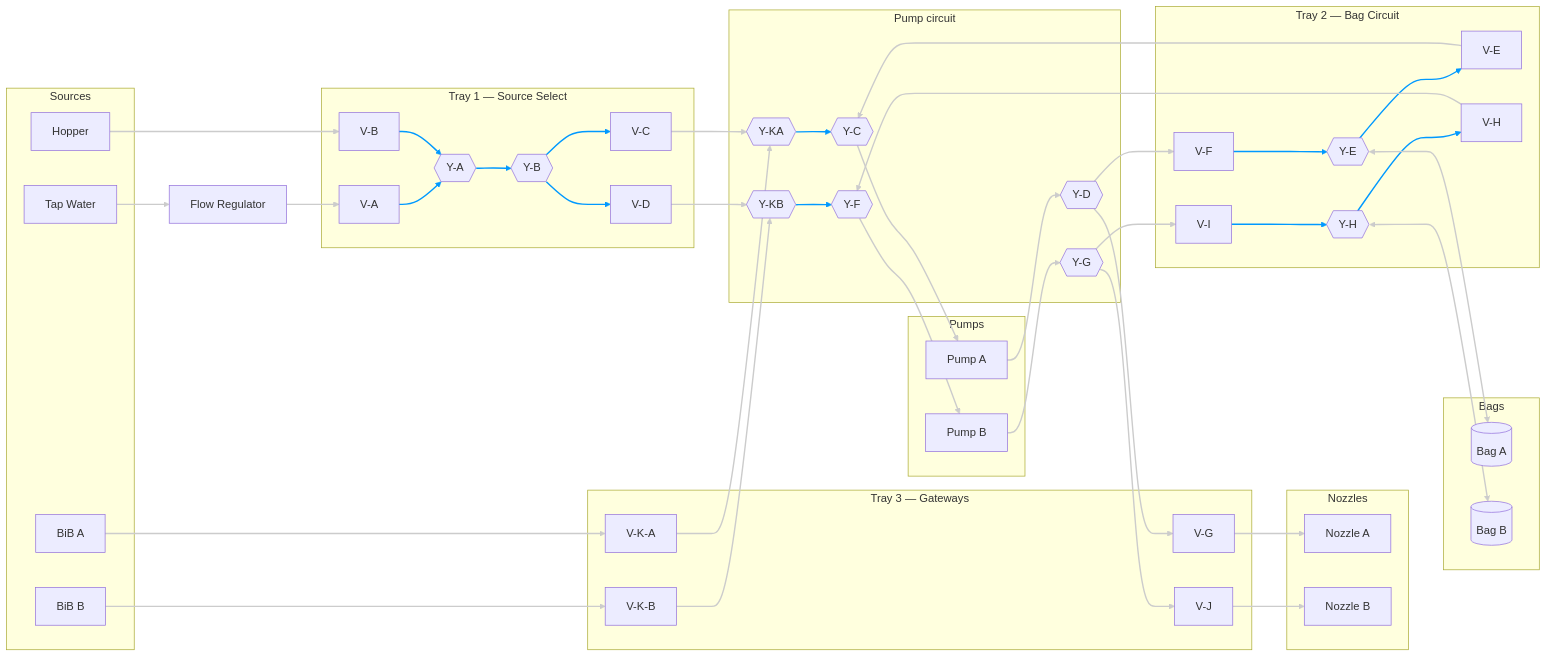
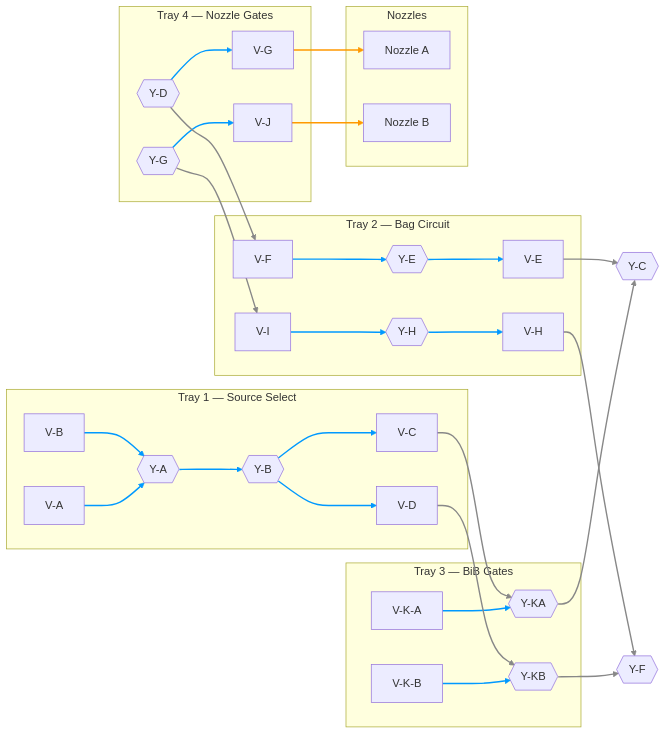
Before and after one commit to derekbreden/homesodamachine: the diagram in hardware/topology/fluid-topology-trays.mmd, drawn with Mermaid.

Commit message:
topology: restructure tray diagram into four trays
Drop the source/pump/bag endpoints and every link to them. Split the old
Tray 3 into Tray 3 (V-K-A/V-K-B + Y-KA/Y-KB) and Tray 4 (V-G/V-J + Y-D/Y-G).
Y-C and Y-F stay unassigned. Links recolored: blue on-tray, gray between
trays, orange out to nozzles.

```diff
--- a/hardware/topology/fluid-topology-trays.mmd
+++ b/hardware/topology/fluid-topology-trays.mmd
@@ -1,109 +1,81 @@
 flowchart LR
 
-  %% Valve-manifold fluid topology grouped by physical tray. Each tray holds
-  %% four Beduan solenoid valves; trays 1 and 2 also carry two Y-dividers each,
-  %% tray 3 none. Blue links are on-tray valve-to-divider seats (effectively
-  %% zero length). Gray links are real tube runs: tray-to-tray, tray-to-pump,
-  %% and tray-to-enclosure (sources, bags, nozzles).
+  %% Valve-manifold fluid topology grouped by physical tray. Each box is a tray;
+  %% the nodes inside are the valves and Y-dividers it carries. Blue links are
+  %% on-tray valve-to-divider seats; gray links run between trays; orange links
+  %% leave the manifold to the nozzles. Y-C and Y-F are not assigned to a tray.
+  %% Source, pump, and bag endpoints are omitted.
 
-  %% ---- Remote components ----
-  subgraph Sources["Sources"]
-    Tap["Tap Water"]
-    Hopper["Hopper"]
-    BiBA["BiB A"]
-    BiBB["BiB B"]
-  end
-
-  Reg["Flow Regulator"]
-
-  subgraph Pumps["Pumps"]
-    PA["Pump A"]
-    PB["Pump B"]
-  end
-
-  subgraph Bags["Bags"]
-    BagA[("Bag A")]
-    BagB[("Bag B")]
-  end
-
-  subgraph Nozzles["Nozzles"]
-    NozzleA["Nozzle A"]
-    NozzleB["Nozzle B"]
-  end
-
-  %% ---- Trays ----
   subgraph Tray1["Tray 1 — Source Select"]
     VA["V-A"]
     VB["V-B"]
     YA{{"Y-A"}}
     YB{{"Y-B"}}
     VC["V-C"]
     VD["V-D"]
   end
 
   subgraph Tray2["Tray 2 — Bag Circuit"]
     VE["V-E"]
     VF["V-F"]
     YE{{"Y-E"}}
     VH["V-H"]
     VI["V-I"]
     YH{{"Y-H"}}
   end
 
-  subgraph Tray3["Tray 3 — Gateways"]
+  subgraph Tray3["Tray 3 — BiB Gates"]
+    VKA["V-K-A"]
+    VKB["V-K-B"]
+    YKA{{"Y-KA"}}
+    YKB{{"Y-KB"}}
+  end
+
+  subgraph Tray4["Tray 4 — Nozzle Gates"]
     VG["V-G"]
     VJ["V-J"]
-    VKA["V-K-A"]
-    VKB["V-K-B"]
-  end
-
-  subgraph PumpCircuit["Pump circuit"]
-    YKA{{"Y-KA"}}
-    YC{{"Y-C"}}
     YD{{"Y-D"}}
-    YKB{{"Y-KB"}}
-    YF{{"Y-F"}}
     YG{{"Y-G"}}
   end
 
-  %% ---- On-tray seats (blue, links 0-10) ----
+  YC{{"Y-C"}}
+  YF{{"Y-F"}}
+
+  subgraph Nozzles["Nozzles"]
+    NozzleA["Nozzle A"]
+    NozzleB["Nozzle B"]
+  end
+
+  %% ---- On-tray seats (blue, links 0-12) ----
   VA --> YA
   VB --> YA
   YA --> YB
   YB --> VC
   YB --> VD
   VF --> YE
   YE --> VE
   VI --> YH
   YH --> VH
+  VKA --> YKA
+  VKB --> YKB
+  YD --> VG
+  YG --> VJ
+
+  %% ---- Between trays (gray, links 13-20) ----
+  VC --> YKA
+  VD --> YKB
   YKA --> YC
   YKB --> YF
+  VE --> YC
+  VH --> YF
+  YD --> VF
+  YG --> VI
 
-  %% ---- Tube runs (gray, links 11-33) ----
-  Tap --> Reg
-  Reg --> VA
-  Hopper --> VB
-  BiBA --> VKA
-  VKA --> YKA
-  VC --> YKA
-  VE --> YC
-  YC --> PA
-  PA --> YD
-  YD --> VF
-  YD --> VG
+  %% ---- To nozzles (orange, links 21-22) ----
   VG --> NozzleA
-  BiBB --> VKB
-  VKB --> YKB
-  VD --> YKB
-  VH --> YF
-  YF --> PB
-  PB --> YG
-  YG --> VI
-  YG --> VJ
   VJ --> NozzleB
-  YE <--> BagA
-  YH <--> BagB
 
   %% ---- Link styling ----
-  linkStyle 0,1,2,3,4,5,6,7,8,9,10 stroke:#09f,stroke-width:2px
-  linkStyle 11,12,13,14,15,16,17,18,19,20,21,22,23,24,25,26,27,28,29,30,31,32,33 stroke:#ccc,stroke-width:2px
+  linkStyle 0,1,2,3,4,5,6,7,8,9,10,11,12 stroke:#09f,stroke-width:2px
+  linkStyle 13,14,15,16,17,18,19,20 stroke:#888,stroke-width:2px
+  linkStyle 21,22 stroke:#f90,stroke-width:2px
```
